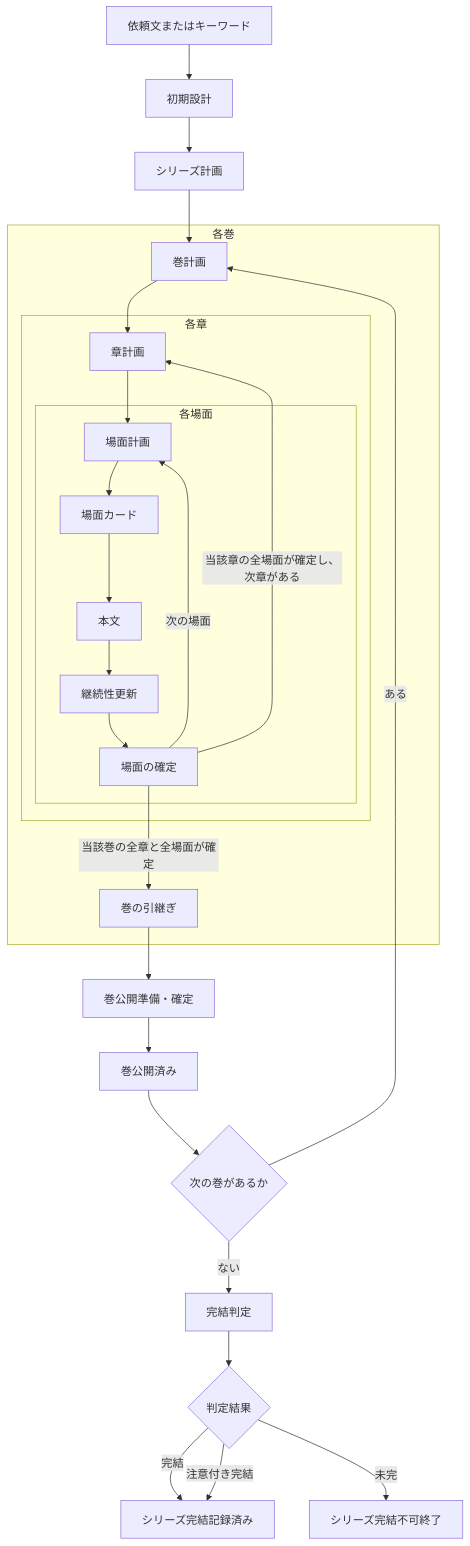
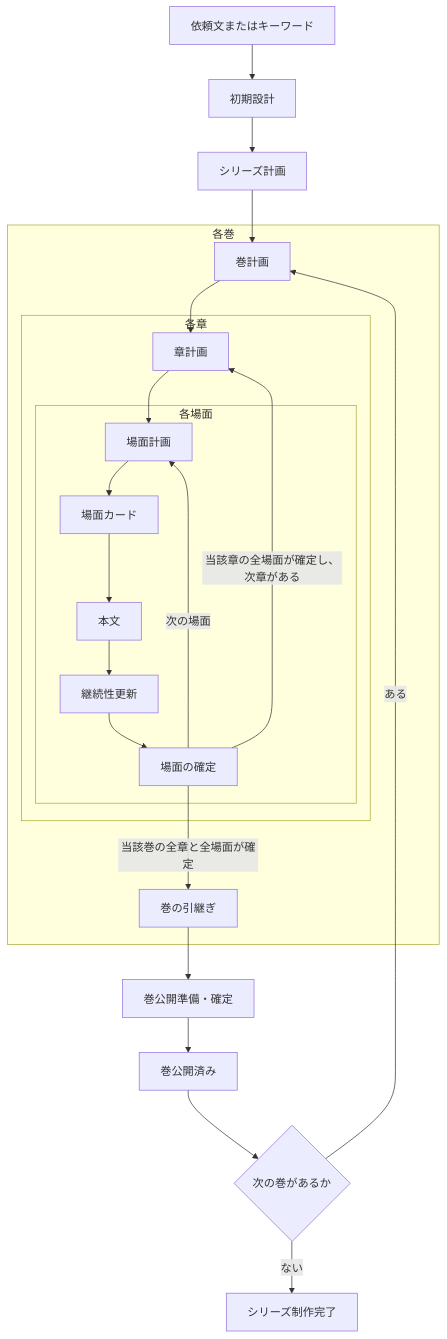
The diagram in docs/SPECIFICATION.md (goura32/storycraft), drawn with Mermaid before and after one commit. The commit also changed other lines of this file and 3 other files, not shown here.

````diff
--- a/docs/SPECIFICATION.md
+++ b/docs/SPECIFICATION.md
@@ -61,30 +59,26 @@
 ```mermaid
 flowchart TD
   I[依頼文またはキーワード] --> D[初期設計]
   D --> S[シリーズ計画]
   S --> VP[巻計画]
   subgraph V[各巻]
     VP --> CP[章計画]
     subgraph C[各章]
       CP --> SP[場面計画]
       subgraph P[各場面]
         SP --> K[場面カード]
         K --> W[本文]
         W --> N[継続性更新]
         N --> M[場面の確定]
         M -->|次の場面| SP
       end
       M -->|当該章の全場面が確定し、次章がある| CP
     end
     M -->|当該巻の全章と全場面が確定| H[巻の引継ぎ]
   end
   H --> VQ[巻公開準備・確定]
   VQ --> VE[巻公開済み]
   VE --> X{次の巻があるか}
   X -->|ある| VP
-  X -->|ない| Q[完結判定]
-  Q --> R{判定結果}
-  R -->|完結| E[シリーズ完結記録済み]
-  R -->|注意付き完結| E
-  R -->|未完| Z[シリーズ完結不可終了]
+  X -->|ない| E[シリーズ制作完了]
 ```
````
